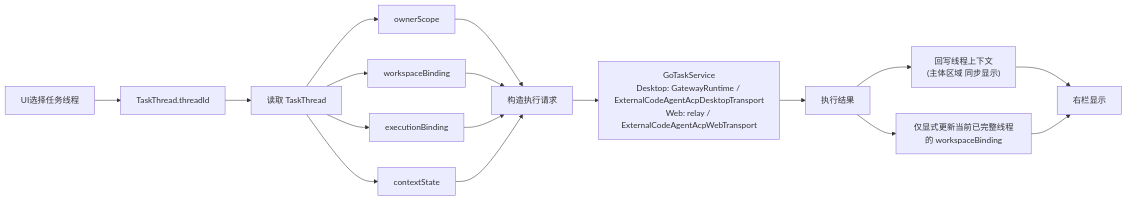
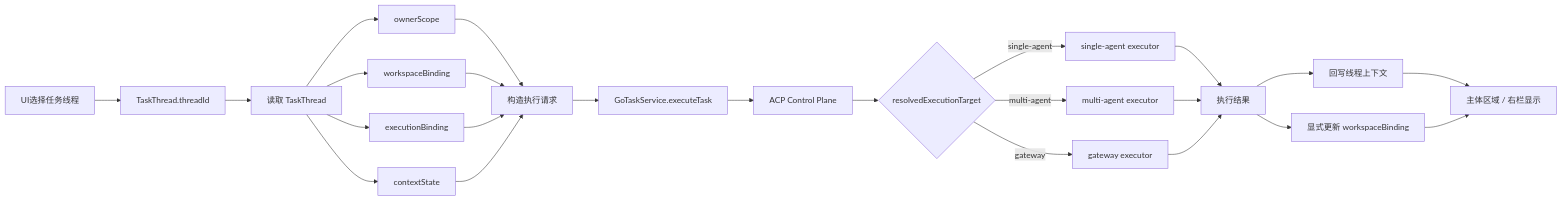
One commit to ai-workspace-lab/xworkmate-app changed the diagram in docs/architecture/assistant-thread-information-architecture.md. Above: the diagram before and after it, drawn with Mermaid. The commit also changed other lines of this file and 17 other files, not shown here.

Commit message:
refactor: unify task control plane

````diff
--- a/docs/architecture/assistant-thread-information-architecture.md
+++ b/docs/architecture/assistant-thread-information-architecture.md
@@ -86,24 +18,32 @@
 ```mermaid
 flowchart LR
   A["UI选择任务线程"] --> B["TaskThread.threadId"]
   B --> C["读取 TaskThread"]
 
   C --> D1["ownerScope"]
   C --> D2["workspaceBinding"]
   C --> D3["executionBinding"]
   C --> D4["contextState"]
 
   D1 --> E["构造执行请求"]
   D2 --> E
   D3 --> E
   D4 --> E
 
-  E --> F["GoTaskService\nDesktop: GatewayRuntime / ExternalCodeAgentAcpDesktopTransport\nWeb: relay / ExternalCodeAgentAcpWebTransport"]
-  F --> G["执行结果"]
+  E --> F["GoTaskService.executeTask"]
+  F --> G["ACP Control Plane"]
+  G --> H{"resolvedExecutionTarget"}
+  H -->|single-agent| I["single-agent executor"]
+  H -->|multi-agent| J["multi-agent executor"]
+  H -->|gateway| K["gateway executor"]
 
-  G --> H["回写线程上下文\n(主体区域 同步显示)"]
-  G --> I["仅显式更新当前已完整线程的 workspaceBinding"]
+  I --> L["执行结果"]
+  J --> L
+  K --> L
 
-  H --> J["右栏显示"]
-  I --> J
+  L --> M["回写线程上下文"]
+  L --> N["显式更新 workspaceBinding"]
+
+  M --> O["主体区域 / 右栏显示"]
+  N --> O
 ```
````
